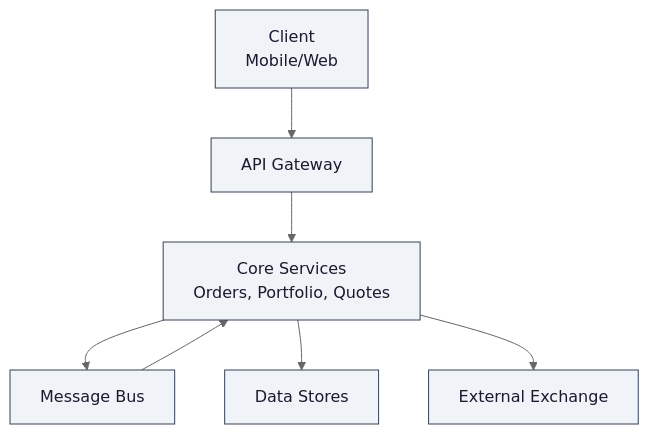
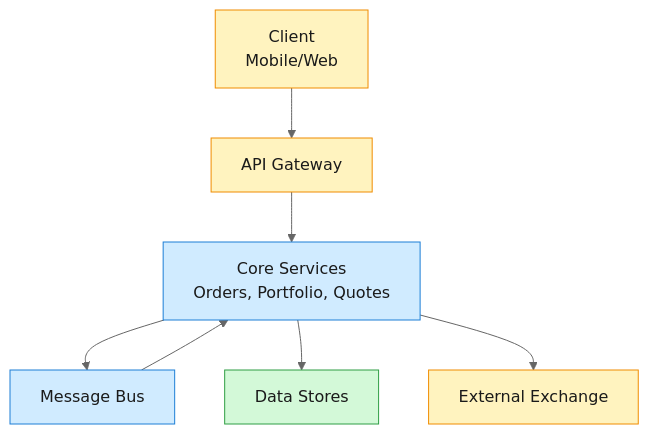
The first of 3 diagrams in _designs/system-design-stock-trading-platform.md (iliazlobin/iliazlobin.github.io), drawn with Mermaid (neutral theme) before and after one commit. The commit also changed other lines of this file and 7 other files, not shown here.

First line of the commit message:
designs: fix Stock Trading — empty callouts + monochrome diagrams (#97)

````diff
--- a/_designs/system-design-stock-trading-platform.md
+++ b/_designs/system-design-stock-trading-platform.md
@@ -21,20 +23,23 @@
 ```mermaid
 graph TD
     C[Client<br/>Mobile/Web]
     G[API Gateway]
     S[Core Services<br/>Orders, Portfolio, Quotes]
     B[Message Bus]
     D[Data Stores]
     X[External Exchange]
 
     C --> G
     G --> S
     S --> B
     B --> S
     S --> D
     S --> X
 
-    classDef light fill:#f0f4f8,color:#1a1a2e,stroke:#334155
-    class C,G,S,B,D,X light
-
+    classDef edge fill:#fff3bf,stroke:#f08c00,color:#1a1a1a
+    classDef svc fill:#d0ebff,stroke:#1c7ed6,color:#1a1a1a
+    classDef store fill:#d3f9d8,stroke:#2f9e44,color:#1a1a1a
+    class C,G,X edge
+    class S,B svc
+    class D store
 ```
````
